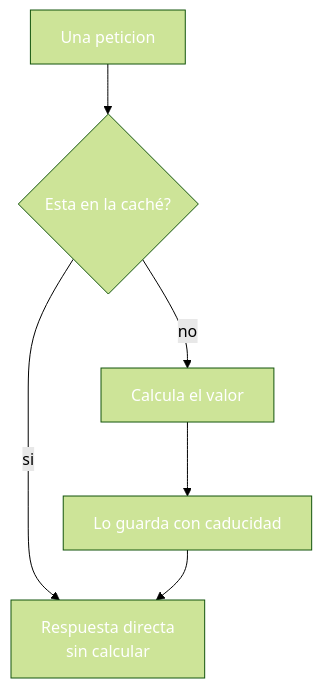
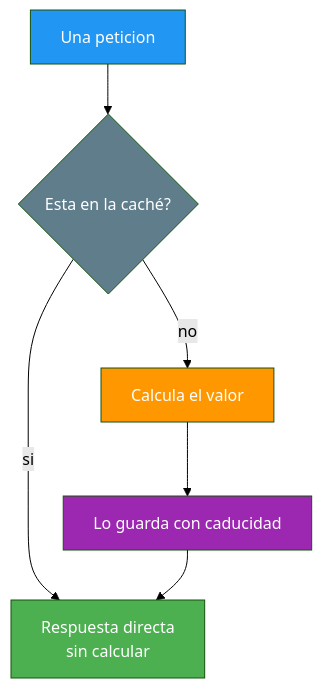
The third of 7 diagrams in 21-optimizacion-rendimiento.md (joseluisgs/DesarrolloWebEntornosServidor-03-2026-2027), drawn with Mermaid (forest theme) before and after one commit. The commit also changed other lines of this file and 25 other files, not shown here.

Commit message:
docs: corregir los estilos Mermaid de los temas y alinear el dominio del tema 25 con ProductosApp

````diff
--- a/21-optimizacion-rendimiento.md
+++ b/21-optimizacion-rendimiento.md
@@ -156,13 +156,13 @@
 ```mermaid
 graph TD
     P["Una peticion"] --> Q{"Esta en la caché?"}
     Q -->|si| R["Respuesta directa<br/>sin calcular"]
     Q -->|no| C["Calcula el valor"]
     C --> G["Lo guarda con caducidad"]
     G --> R
-    style P fill:#2196F,color:#fff3,color:#fff
-    style Q fill:#607D8,color:#fffB,color:#fff
-    style R fill:#4CAF5,color:#fff0,color:#fff
-    style C fill:#FF980,color:#fff0,color:#fff
-    style G fill:#9C27B,color:#fff0,color:#fff
+    style P fill:#2196F3,color:#fff
+    style Q fill:#607D8B,color:#fff
+    style R fill:#4CAF50,color:#fff
+    style C fill:#FF9800,color:#fff
+    style G fill:#9C27B0,color:#fff
 ```
````
